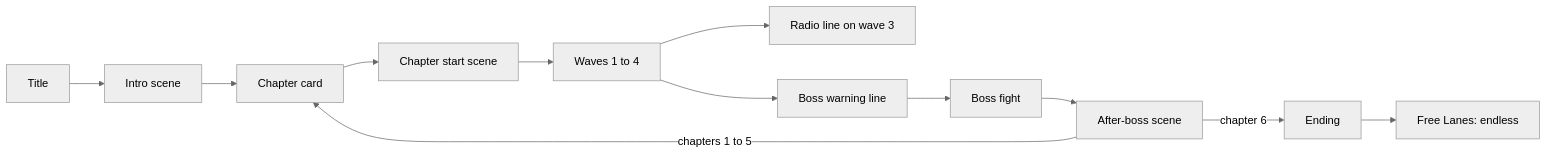
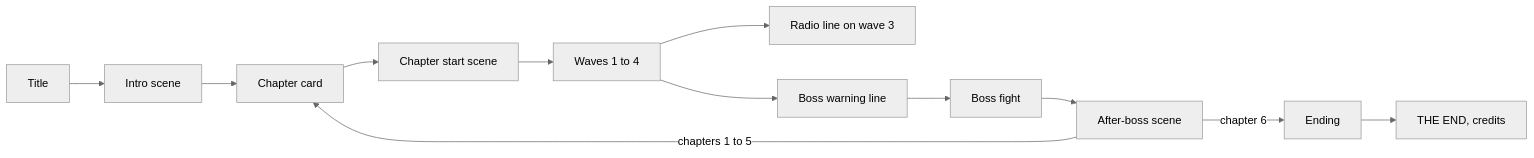
Before and after one commit to chili-chip/chili-space-fighter: the first of 2 diagrams in docs/story/index.md, drawn with Mermaid (neutral theme). The commit also changed other lines of this file and 24 other files, not shown here.

````diff
--- a/docs/story/index.md
+++ b/docs/story/index.md
@@ -70,14 +70,14 @@
 ```mermaid
 flowchart LR
     T[Title] --> I[Intro scene]
     I --> W1[Chapter card]
     W1 --> CS[Chapter start scene]
     CS --> W[Waves 1 to 4]
     W --> R[Radio line on wave 3]
     W --> B[Boss warning line]
     B --> BF[Boss fight]
     BF --> A[After-boss scene]
     A -->|chapters 1 to 5| W1
     A -->|chapter 6| E[Ending]
-    E --> F[Free Lanes: endless]
+    E --> F[THE END, credits]
 ```
````
